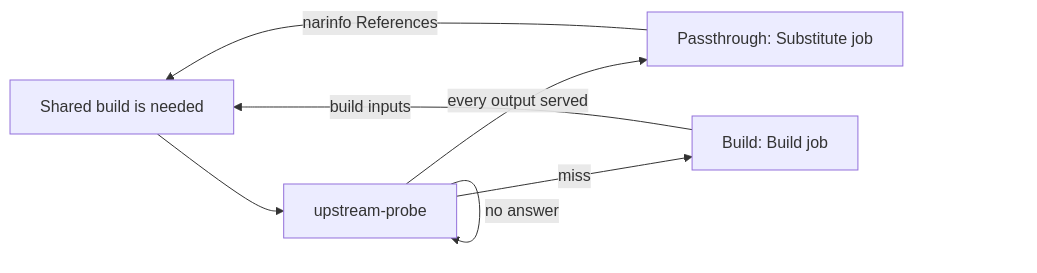
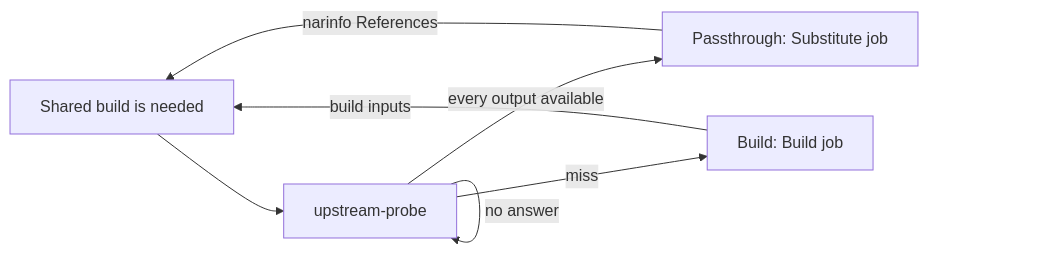
The diagram in docs/src/contributors/scheduler/upstream-substitution.md (wavelens/gradient), drawn with Mermaid before and after one commit. The commit also changed other lines of this file and 75 other files, not shown here.

````diff
--- a/docs/src/contributors/scheduler/upstream-substitution.md
+++ b/docs/src/contributors/scheduler/upstream-substitution.md
@@ -5,9 +5,9 @@
 ```mermaid
 flowchart LR
     D[Shared build is needed] --> P[upstream-probe]
-    P -->|every output served| R[Passthrough: Substitute job]
+    P -->|every output available| R[Passthrough: Substitute job]
     P -->|miss| B[Build: Build job]
     P -->|no answer| P
     R -->|narinfo References| D
     B -->|build inputs| D
 ```
````
